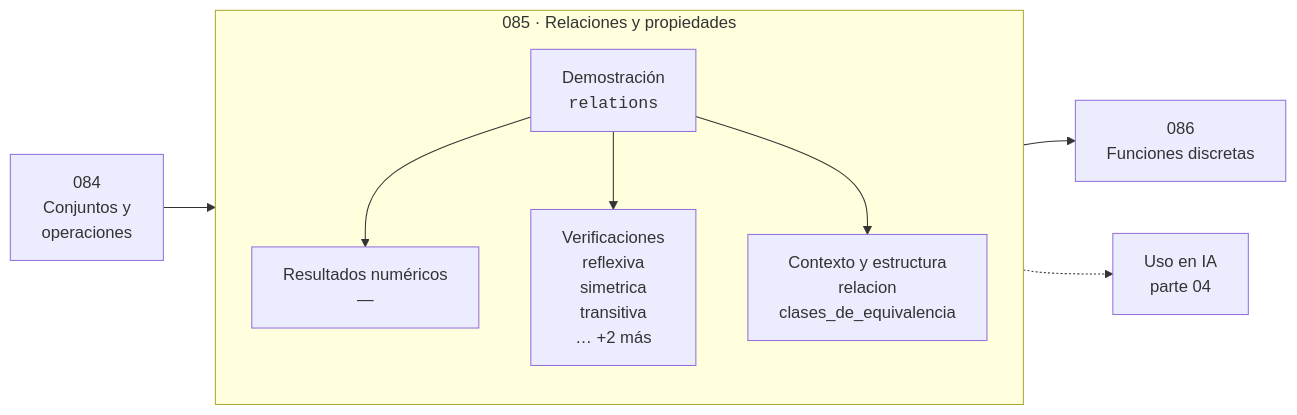
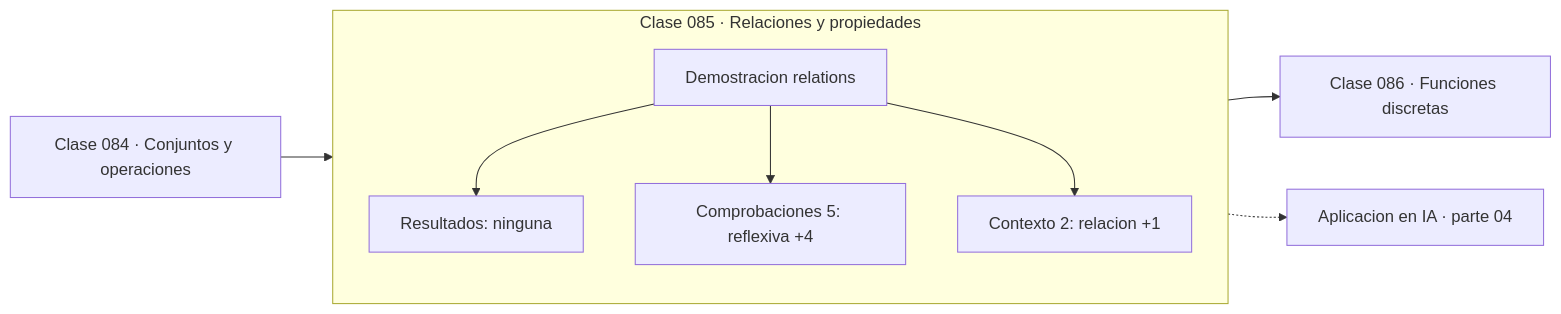
One commit to vladimiracunadev-create/computational-mathematics-program changed the diagram in classes/part-04-matematica-discreta-para-computacion/085-relaciones-y-propiedades/README.md. Above: the diagram before and after it, drawn with Mermaid. The commit also changed other lines of this file and 389 other files, not shown here.

First line of the commit message:
fix(diagramas): elimina el HTML de las etiquetas Mermaid

````diff
--- a/classes/part-04-matematica-discreta-para-computacion/085-relaciones-y-propiedades/README.md
+++ b/classes/part-04-matematica-discreta-para-computacion/085-relaciones-y-propiedades/README.md
@@ -30,12 +36,13 @@
 ```mermaid
 flowchart LR
-    P["084<br/>Conjuntos y<br/>operaciones"] --> C
-    subgraph C["085 · Relaciones y propiedades"]
+    P["Clase 084 · Conjuntos y operaciones"] --> D
+    subgraph CLASE["Clase 085 · Relaciones y propiedades"]
         direction TB
-        D["Demostración<br/><code>relations</code>"] --> R["Resultados numéricos<br/>—"]
-        D --> V["Verificaciones<br/>reflexiva<br/>simetrica<br/>transitiva<br/>… +2 más"]
-        D --> O["Contexto y estructura<br/>relacion<br/>clases_de_equivalencia"]
+        D["Demostracion relations"]
+        D --> R["Resultados: ninguna"]
+        D --> V["Comprobaciones 5: reflexiva +4"]
+        D --> O["Contexto 2: relacion +1"]
     end
-    C --> N["086<br/>Funciones discretas"]
-    C -.-> IA["Uso en IA<br/>parte 04"]
+    R --> N["Clase 086 · Funciones discretas"]
+    V -.-> IA["Aplicacion en IA · parte 04"]
 ```
````
